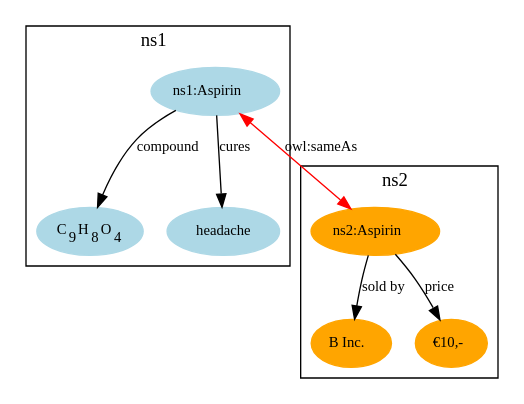
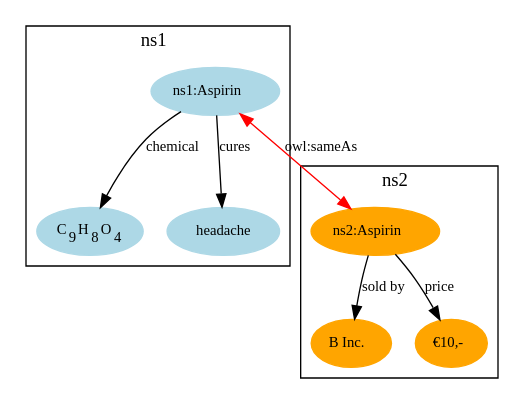
The diagram in img/identity_crisis2.dot (wouterbeek/wouterbeek.github.io), drawn with Graphviz before and after one commit. The commit also changed 17 other files, not shown here.

```diff
--- a/img/identity_crisis2.dot
+++ b/img/identity_crisis2.dot
@@ -1,30 +1,30 @@
 digraph identity_crisis {
   edge [fontsize=11.0];
   node [fontsize=11.0];
 
   subgraph cluster_ns1 {
     label=<ns1>;
     node [color=lightblue,style=filled];
 
     c9h8o4 [label=<C<SUB>9</SUB>H<SUB>8</SUB>O<SUB>4</SUB>>];
     ns1 [label=<ns1:Aspirin>];
     headache [label=<headache>];
 
-    ns1 -> c9h8o4 [label=<compound>];
+    ns1 -> c9h8o4 [label=<chemical>];
     ns1 -> headache [label=<cures>];
   }
   
   subgraph cluster_ns2 {
     label=<ns2>;
     node [color=orange,style=filled];
 
     ns2 [label=<ns2:Aspirin>];
     binc [label=<B Inc.>];
     bprice [label=<€10,->];
 
     ns2 -> binc [label=<sold by>];
     ns2 -> bprice [label=<price>];
   }
 
   ns1 -> ns2 [color=red,dir="both",label=<owl:sameAs>];
 }
```
